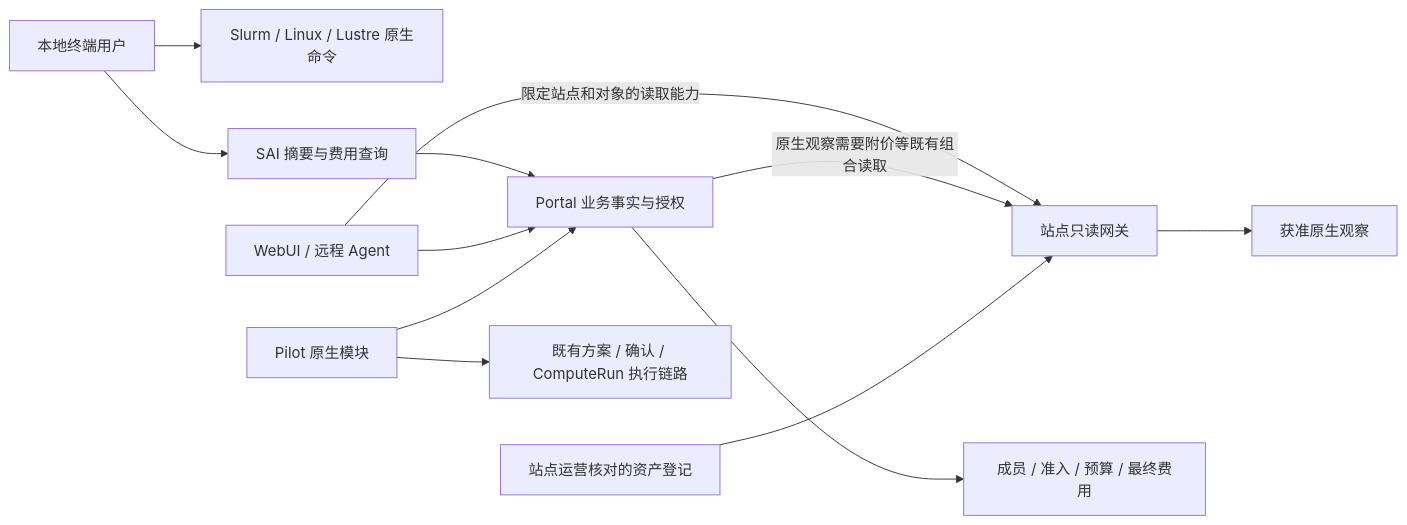
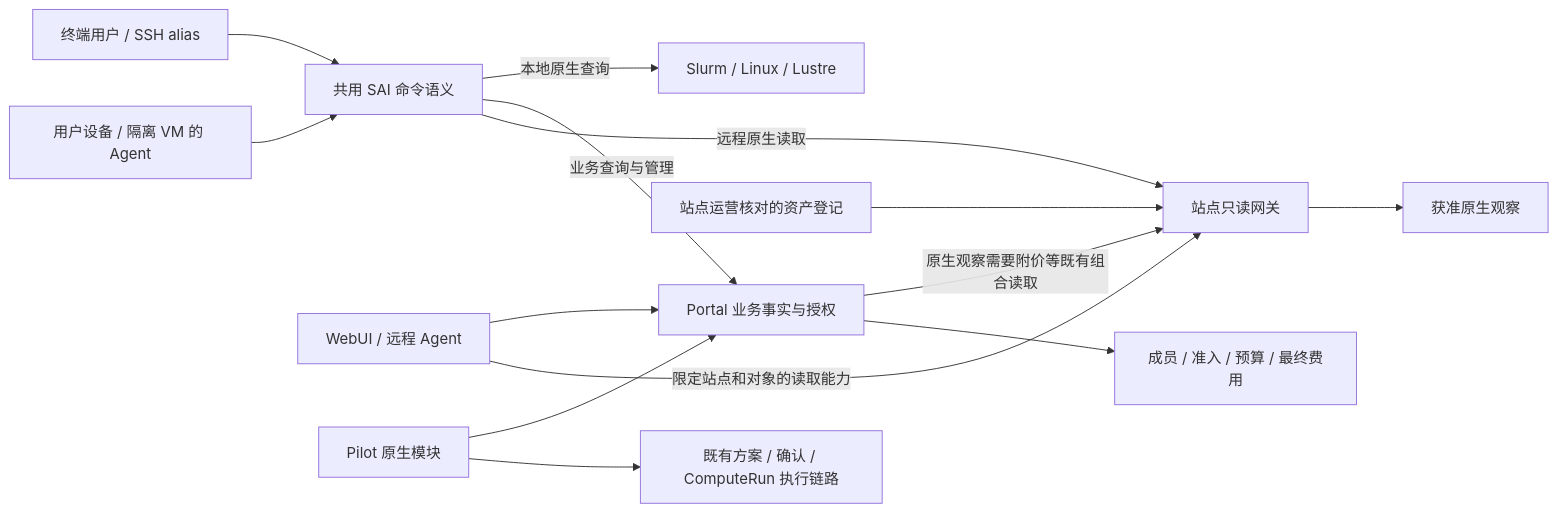
The diagram in docs/unified-workbench.md (AI4SAI/sai-cli), drawn with Mermaid before and after one commit. The commit also changed other lines of this file and 12 other files, not shown here.

````diff
--- a/docs/unified-workbench.md
+++ b/docs/unified-workbench.md
@@ -316,14 +328,16 @@
 ```mermaid
 flowchart LR
-  U[本地终端用户] --> N[Slurm / Linux / Lustre 原生命令]
-  U --> T[SAI 摘要与费用查询]
-  T --> P[Portal 业务事实与授权]
+  U[终端用户 / SSH alias] --> T[共用 SAI 命令语义]
+  X[用户设备 / 隔离 VM 的 Agent] --> T
+  T -->|本地原生查询| N[Slurm / Linux / Lustre]
+  T -->|业务查询与管理| P[Portal 业务事实与授权]
+  T -->|远程原生读取| G[站点只读网关]
   W[WebUI / 远程 Agent] --> P
   W -->|限定站点和对象的读取能力| G[站点只读网关]
   P -->|原生观察需要附价等既有组合读取| G
   G --> O[获准原生观察]
   P --> C[成员 / 准入 / 预算 / 最终费用]
   I[站点运营核对的资产登记] --> G
   A[Pilot 原生模块] --> P
   A --> E[既有方案 / 确认 / ComputeRun 执行链路]
 ```
````
